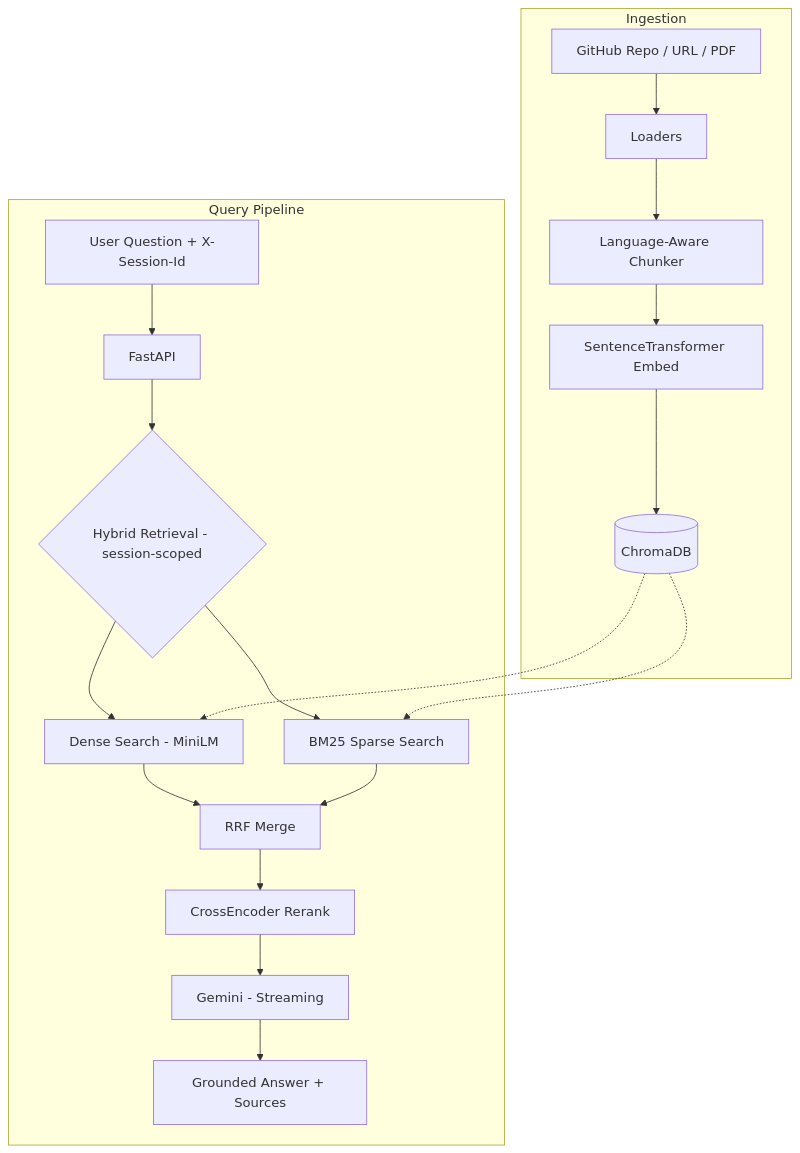
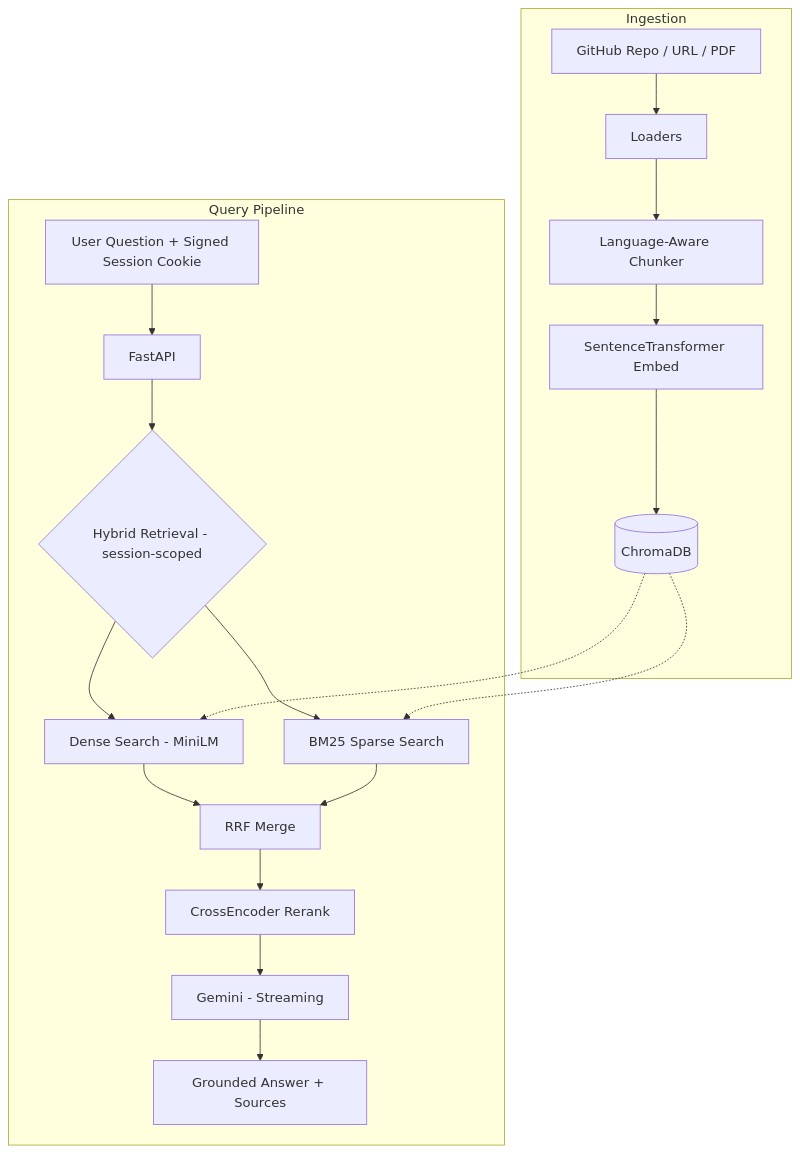
Before and after one commit to 23f3001800/DevDocs-AI: the diagram in README.md, drawn with Mermaid. The commit also changed other lines of this file and 19 other files, not shown here.

````diff
--- a/README.md
+++ b/README.md
@@ -53,24 +69,24 @@
 ```mermaid
 graph TB
     subgraph Ingestion
         A[GitHub Repo / URL / PDF] --> B[Loaders]
         B --> C[Language-Aware Chunker]
         C --> D[SentenceTransformer Embed]
         D --> E[(ChromaDB)]
     end
 
     subgraph Query Pipeline
-        F[User Question + X-Session-Id] --> G[FastAPI]
+        F[User Question + Signed Session Cookie] --> G[FastAPI]
         G --> H{Hybrid Retrieval - session-scoped}
         H --> I[Dense Search - MiniLM]
         H --> J[BM25 Sparse Search]
         I --> K[RRF Merge]
         J --> K
         K --> L[CrossEncoder Rerank]
         L --> M[Gemini - Streaming]
         M --> N[Grounded Answer + Sources]
     end
 
     E -.-> I
     E -.-> J
 ```
````
